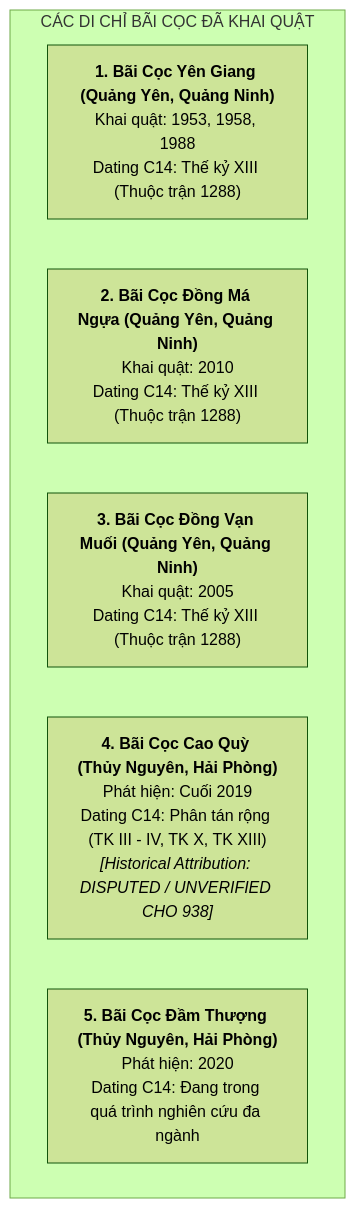
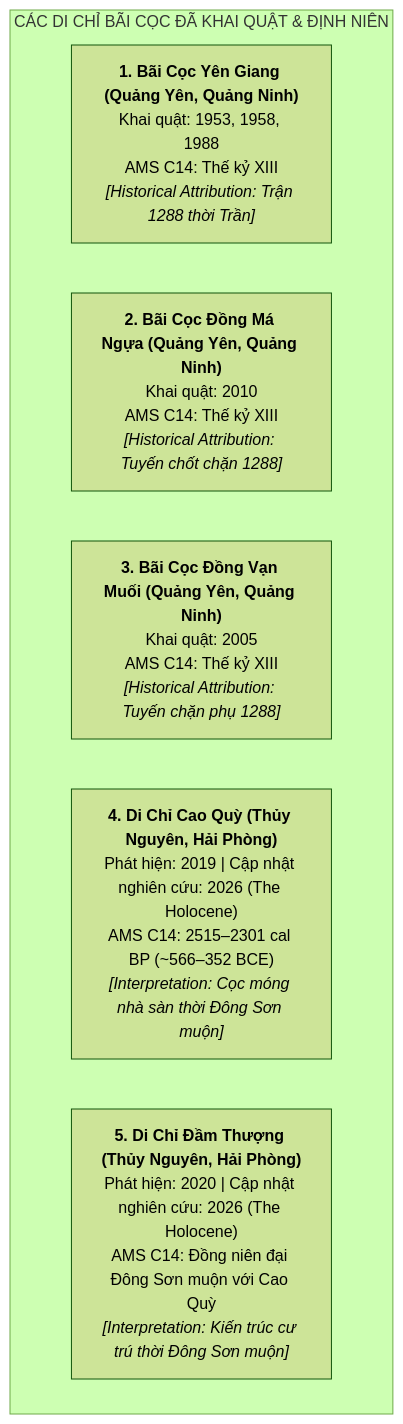
The diagram in docs/drafts/viet-su/938-source-audit/archaeology-caveats.md (LightDucan/HuyenSu-TD), drawn with Mermaid (forest theme) before and after one commit. The commit also changed other lines of this file and 2 other files, not shown here.

Commit message:
docs(viet-su): update 938 source audit matrix and 2026 Holocene archaeology evidence

````diff
--- a/docs/drafts/viet-su/938-source-audit/archaeology-caveats.md
+++ b/docs/drafts/viet-su/938-source-audit/archaeology-caveats.md
@@ -20,10 +20,10 @@
 ```mermaid
 graph TD
-    subgraph CÁC DI CHỈ BÃI CỌC ĐÃ KHAI QUẬT
-        S1["<b>1. Bãi Cọc Yên Giang (Quảng Yên, Quảng Ninh)</b><br>Khai quật: 1953, 1958, 1988<br>Dating C14: Thế kỷ XIII (Thuộc trận 1288)"]
-        S2["<b>2. Bãi Cọc Đồng Má Ngựa (Quảng Yên, Quảng Ninh)</b><br>Khai quật: 2010<br>Dating C14: Thế kỷ XIII (Thuộc trận 1288)"]
-        S3["<b>3. Bãi Cọc Đồng Vạn Muối (Quảng Yên, Quảng Ninh)</b><br>Khai quật: 2005<br>Dating C14: Thế kỷ XIII (Thuộc trận 1288)"]
-        S4["<b>4. Bãi Cọc Cao Quỳ (Thủy Nguyên, Hải Phòng)</b><br>Phát hiện: Cuối 2019<br>Dating C14: Phân tán rộng (TK III - IV, TK X, TK XIII)<br><i>[Historical Attribution: DISPUTED / UNVERIFIED CHO 938]</i>"]
-        S5["<b>5. Bãi Cọc Đầm Thượng (Thủy Nguyên, Hải Phòng)</b><br>Phát hiện: 2020<br>Dating C14: Đang trong quá trình nghiên cứu đa ngành"]
+    subgraph CÁC DI CHỈ BÃI CỌC ĐÃ KHAI QUẬT & ĐỊNH NIÊN
+        S1["<b>1. Bãi Cọc Yên Giang (Quảng Yên, Quảng Ninh)</b><br>Khai quật: 1953, 1958, 1988<br>AMS C14: Thế kỷ XIII<br><i>[Historical Attribution: Trận 1288 thời Trần]</i>"]
+        S2["<b>2. Bãi Cọc Đồng Má Ngựa (Quảng Yên, Quảng Ninh)</b><br>Khai quật: 2010<br>AMS C14: Thế kỷ XIII<br><i>[Historical Attribution: Tuyến chốt chặn 1288]</i>"]
+        S3["<b>3. Bãi Cọc Đồng Vạn Muối (Quảng Yên, Quảng Ninh)</b><br>Khai quật: 2005<br>AMS C14: Thế kỷ XIII<br><i>[Historical Attribution: Tuyến chặn phụ 1288]</i>"]
+        S4["<b>4. Di Chỉ Cao Quỳ (Thủy Nguyên, Hải Phòng)</b><br>Phát hiện: 2019 | Cập nhật nghiên cứu: 2026 (The Holocene)<br>AMS C14: 2515–2301 cal BP (~566–352 BCE)<br><i>[Interpretation: Cọc móng nhà sàn thời Đông Sơn muộn]</i>"]
+        S5["<b>5. Di Chỉ Đầm Thượng (Thủy Nguyên, Hải Phòng)</b><br>Phát hiện: 2020 | Cập nhật nghiên cứu: 2026 (The Holocene)<br>AMS C14: Đồng niên đại Đông Sơn muộn với Cao Quỳ<br><i>[Interpretation: Kiến trúc cư trú thời Đông Sơn muộn]</i>"]
     end
 ```
````
